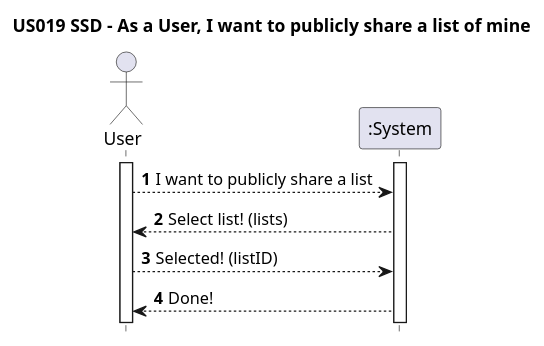
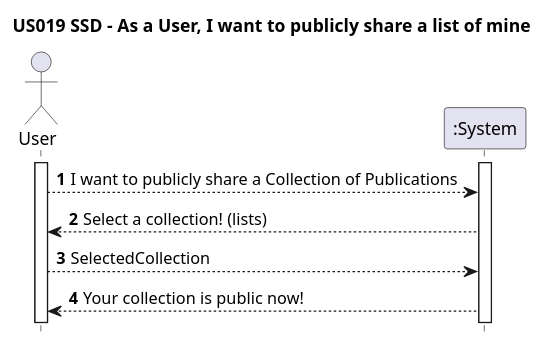
The diagram in Diagrams/SequenceDiagrams/N1/US019-to-publicly-share-a-list_SSD.puml (AndrePereiraGitH/SWitCH-Project-Team_A), drawn with PlantUML before and after one commit.

Commit message:
working on #145 - Sequence Diagram N1 refinement

```diff
--- a/Diagrams/SequenceDiagrams/N1/US019-to-publicly-share-a-list_SSD.puml
+++ b/Diagrams/SequenceDiagrams/N1/US019-to-publicly-share-a-list_SSD.puml
@@ -1,23 +1,23 @@
 @startuml
 'https://plantuml.com/sequence-diagram
 
 hide footbox
 autonumber
 
 title US019 SSD - As a User, I want to publicly share a list of mine
 
 actor User
 participant ":System" as System
 
 activate User
 activate System
 
-User --> System: I want to publicly share a list
+User --> System: I want to publicly share a Collection of Publications
 
-System --> User: Select list! (lists)
+System --> User: Select a collection! (lists)
 
-User --> System: Selected! (listID)
+User --> System: SelectedCollection
 
-System --> User: Done!
+System --> User: Your collection is public now!
 
 @enduml
```
